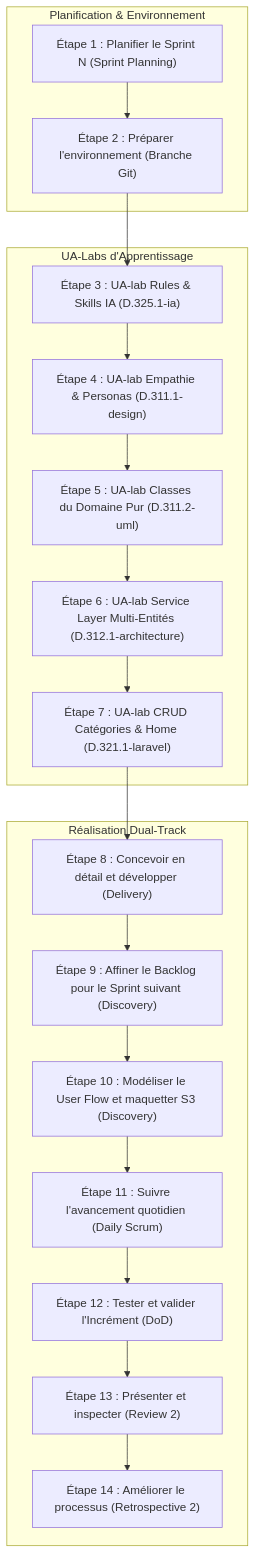
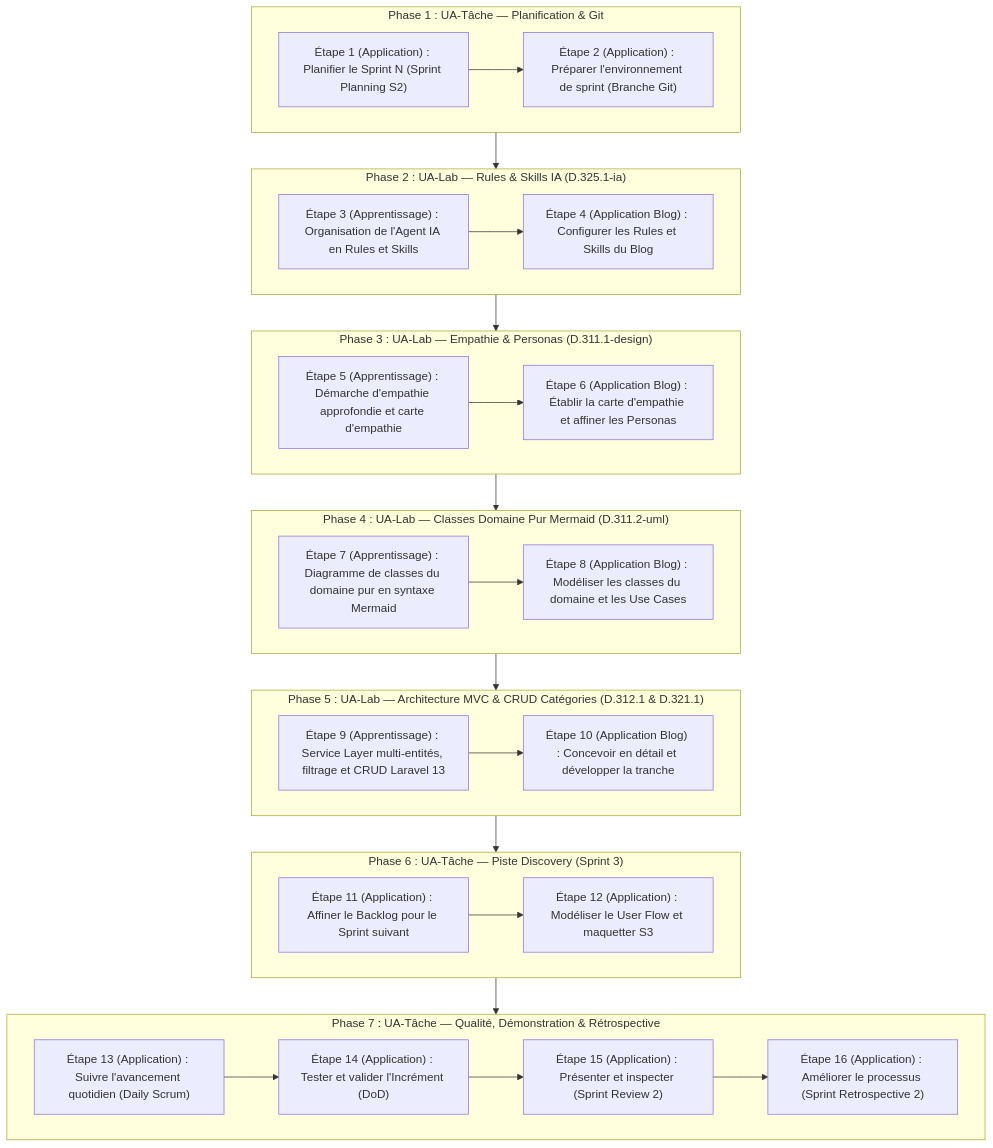
Before and after one commit to labs-web/projet-imiation-n3: the diagram in flux-travail/sessions/flux-travail-s2.md, drawn with Mermaid. The commit also changed other lines of this file and 12 other files, not shown here.

````diff
--- a/flux-travail/sessions/flux-travail-s2.md
+++ b/flux-travail/sessions/flux-travail-s2.md
@@ -63,24 +59,48 @@
 ```mermaid
 flowchart TD
-    subgraph S2_Prep ["Planification & Environnement"]
-        R1["Étape 1 : Planifier le Sprint N (Sprint Planning)"] --> R2["Étape 2 : Préparer l'environnement (Branche Git)"]
+    subgraph P1 ["Phase 1 : UA-Tâche — Planification & Git"]
+        E1["Étape 1 (Application) : Planifier le Sprint N (Sprint Planning S2)"]
+        E2["Étape 2 (Application) : Préparer l'environnement de sprint (Branche Git)"]
+        E1 --> E2
     end
 
-    subgraph S2_Labs ["UA-Labs d'Apprentissage"]
-        R2 --> U1["Étape 3 : UA-lab Rules & Skills IA (D.325.1-ia)"]
-        U1 --> U2["Étape 4 : UA-lab Empathie & Personas (D.311.1-design)"]
-        U2 --> U3["Étape 5 : UA-lab Classes du Domaine Pur (D.311.2-uml)"]
-        U3 --> U4["Étape 6 : UA-lab Service Layer Multi-Entités (D.312.1-architecture)"]
-        U4 --> U5["Étape 7 : UA-lab CRUD Catégories & Home (D.321.1-laravel)"]
+    subgraph P2 ["Phase 2 : UA-Lab — Rules & Skills IA (D.325.1-ia)"]
+        E3["Étape 3 (Apprentissage) : Organisation de l'Agent IA en Rules et Skills"]
+        E4["Étape 4 (Application Blog) : Configurer les Rules et Skills du Blog"]
+        E3 --> E4
     end
 
-    subgraph S2_Real ["Réalisation Dual-Track"]
-        U5 --> R3["Étape 8 : Concevoir en détail et développer (Delivery)"]
-        R3 --> R4["Étape 9 : Affiner le Backlog pour le Sprint suivant (Discovery)"]
-        R4 --> R5["Étape 10 : Modéliser le User Flow et maquetter S3 (Discovery)"]
-        R5 --> R6["Étape 11 : Suivre l'avancement quotidien (Daily Scrum)"]
-        R6 --> R7["Étape 12 : Tester et valider l'Incrément (DoD)"]
-        R7 --> R8["Étape 13 : Présenter et inspecter (Review 2)"]
-        R8 --> R9["Étape 14 : Améliorer le processus (Retrospective 2)"]
+    subgraph P3 ["Phase 3 : UA-Lab — Empathie & Personas (D.311.1-design)"]
+        E5["Étape 5 (Apprentissage) : Démarche d'empathie approfondie et carte d'empathie"]
+        E6["Étape 6 (Application Blog) : Établir la carte d'empathie et affiner les Personas"]
+        E5 --> E6
     end
+
+    subgraph P4 ["Phase 4 : UA-Lab — Classes Domaine Pur Mermaid (D.311.2-uml)"]
+        E7["Étape 7 (Apprentissage) : Diagramme de classes du domaine pur en syntaxe Mermaid"]
+        E8["Étape 8 (Application Blog) : Modéliser les classes du domaine et les Use Cases"]
+        E7 --> E8
+    end
+
+    subgraph P5 ["Phase 5 : UA-Lab — Architecture MVC & CRUD Catégories (D.312.1 & D.321.1)"]
+        E9["Étape 9 (Apprentissage) : Service Layer multi-entités, filtrage et CRUD Laravel 13"]
+        E10["Étape 10 (Application Blog) : Concevoir en détail et développer la tranche"]
+        E9 --> E10
+    end
+
+    subgraph P6 ["Phase 6 : UA-Tâche — Piste Discovery (Sprint 3)"]
+        E11["Étape 11 (Application) : Affiner le Backlog pour le Sprint suivant"]
+        E12["Étape 12 (Application) : Modéliser le User Flow et maquetter S3"]
+        E11 --> E12
+    end
+
+    subgraph P7 ["Phase 7 : UA-Tâche — Qualité, Démonstration & Rétrospective"]
+        E13["Étape 13 (Application) : Suivre l'avancement quotidien (Daily Scrum)"]
+        E14["Étape 14 (Application) : Tester et valider l'Incrément (DoD)"]
+        E15["Étape 15 (Application) : Présenter et inspecter (Sprint Review 2)"]
+        E16["Étape 16 (Application) : Améliorer le processus (Sprint Retrospective 2)"]
+        E13 --> E14 --> E15 --> E16
+    end
+
+    P1 --> P2 --> P3 --> P4 --> P5 --> P6 --> P7
 ```
````
